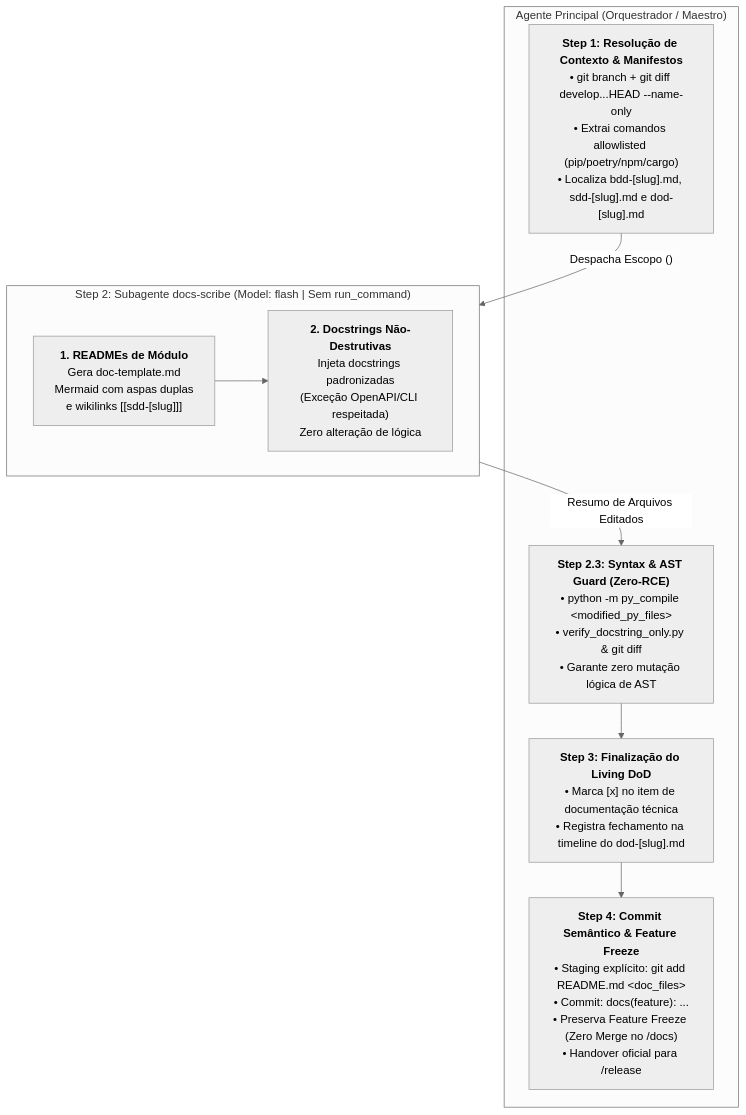
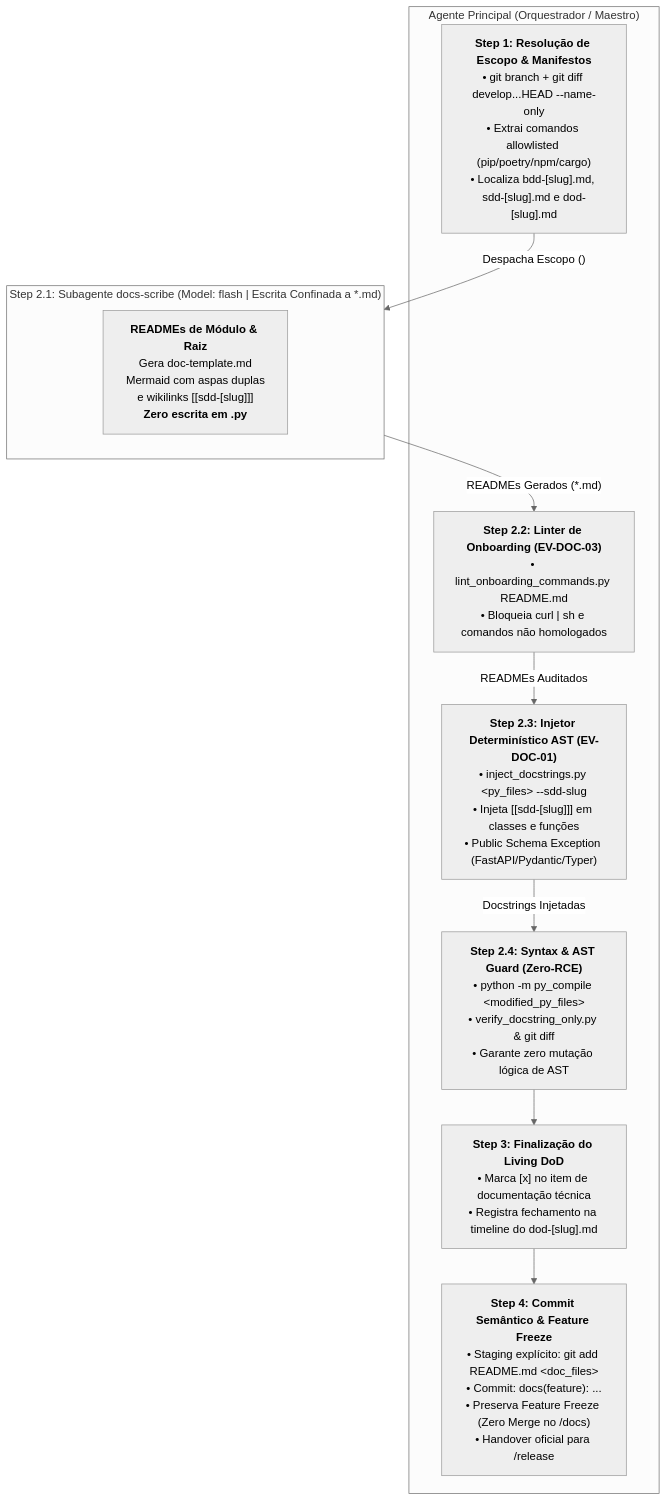
One commit to MarcosVeniciu/antigravity-agentic-skills changed the diagram in doc/skills/docs/README.md. Above: the diagram before and after it, drawn with Mermaid (neutral theme). The commit also changed other lines of this file and 15 other files, not shown here.

Commit message:
feat(security): implement AST docstring injector, onboarding linter, strict yaml pivots, and pytest sandbox

````diff
--- a/doc/skills/docs/README.md
+++ b/doc/skills/docs/README.md
@@ -26,19 +31,23 @@
 ```mermaid
 flowchart TD
     subgraph MainChat["Agente Principal (Orquestrador / Maestro)"]
-        S1["<b>Step 1: Resolução de Contexto & Manifestos</b><br/>• git branch + git diff develop...HEAD --name-only<br/>• Extrai comandos allowlisted (pip/poetry/npm/cargo)<br/>• Localiza bdd-[slug].md, sdd-[slug].md e dod-[slug].md"]
-        V["<b>Step 2.3: Syntax & AST Guard (Zero-RCE)</b><br/>• python -m py_compile &lt;modified_py_files&gt;<br/>• verify_docstring_only.py &amp; git diff<br/>• Garante zero mutação lógica de AST"]
+        S1["<b>Step 1: Resolução de Escopo & Manifestos</b><br/>• git branch + git diff develop...HEAD --name-only<br/>• Extrai comandos allowlisted (pip/poetry/npm/cargo)<br/>• Localiza bdd-[slug].md, sdd-[slug].md e dod-[slug].md"]
+        L["<b>Step 2.2: Linter de Onboarding (EV-DOC-03)</b><br/>• lint_onboarding_commands.py README.md<br/>• Bloqueia curl | sh e comandos não homologados"]
+        I["<b>Step 2.3: Injetor Determinístico AST (EV-DOC-01)</b><br/>• inject_docstrings.py &lt;py_files&gt; --sdd-slug<br/>• Injeta [[sdd-[slug]]] em classes e funções<br/>• Public Schema Exception (FastAPI/Pydantic/Typer)"]
+        V["<b>Step 2.4: Syntax & AST Guard (Zero-RCE)</b><br/>• python -m py_compile &lt;modified_py_files&gt;<br/>• verify_docstring_only.py &amp; git diff<br/>• Garante zero mutação lógica de AST"]
         S3["<b>Step 3: Finalização do Living DoD</b><br/>• Marca [x] no item de documentação técnica<br/>• Registra fechamento na timeline do dod-[slug].md"]
         S4["<b>Step 4: Commit Semântico & Feature Freeze</b><br/>• Staging explícito: git add README.md &lt;doc_files&gt;<br/>• Commit: docs(feature): ...<br/>• Preserva Feature Freeze (Zero Merge no /docs)<br/>• Handover oficial para /release"]
     end
 
-    subgraph SubDocs["Step 2: Subagente docs-scribe (Model: flash | Sem run_command)"]
+    subgraph SubDocs["Step 2.1: Subagente docs-scribe (Model: flash | Escrita Confinada a *.md)"]
         direction LR
-        M["<b>1. READMEs de Módulo</b><br/>Gera doc-template.md<br/>Mermaid com aspas duplas<br/>e wikilinks [[sdd-[slug]]]"] --> D["<b>2. Docstrings Não-Destrutivas</b><br/>Injeta docstrings padronizadas<br/>(Exceção OpenAPI/CLI respeitada)<br/>Zero alteração de lógica"]
+        M["<b>READMEs de Módulo & Raiz</b><br/>Gera doc-template.md<br/>Mermaid com aspas duplas<br/>e wikilinks [[sdd-[slug]]]<br/><b>Zero escrita em .py</b>"]
     end
 
     S1 -->|"Despacha Escopo (<untrusted_source_code>)"| M
-    D -->|"Resumo de Arquivos Editados"| V
+    M -->|"READMEs Gerados (*.md)"| L
+    L -->|"READMEs Auditados"| I
+    I -->|"Docstrings Injetadas"| V
     V --> S3
     S3 --> S4
 ```
````
